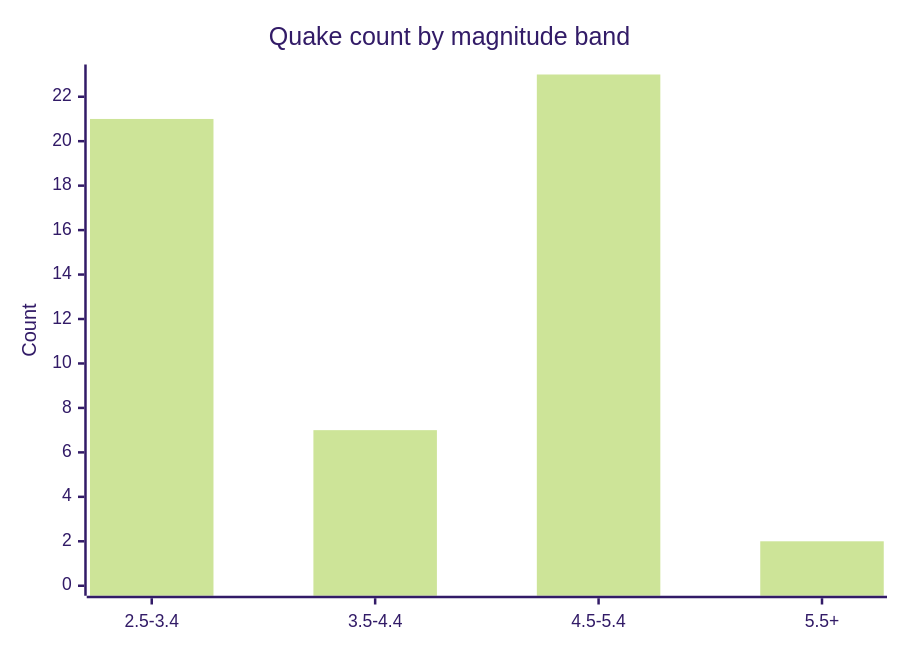
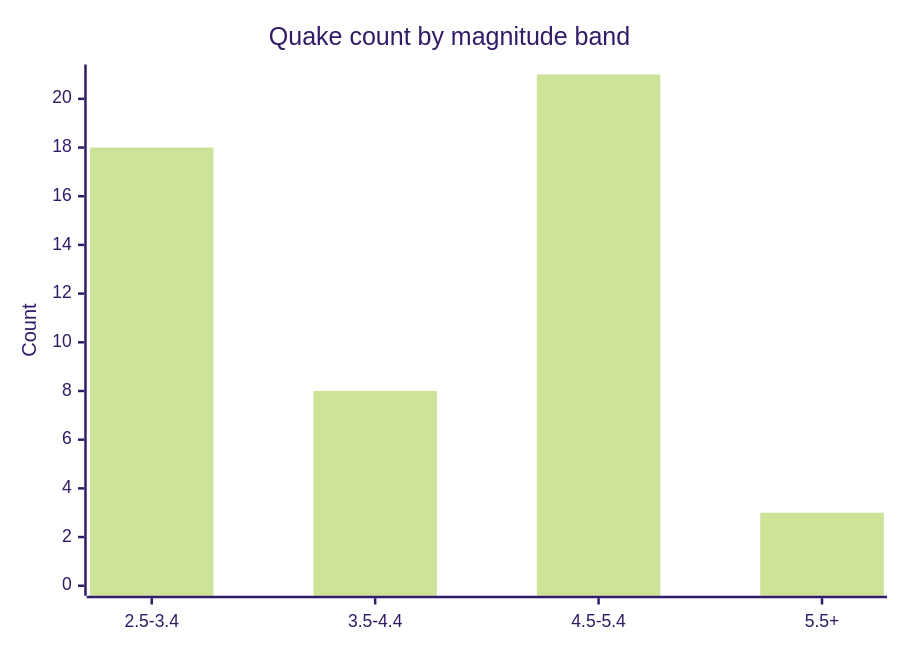
The fifth of 6 diagrams in docs/GRAPHS.md (Midwest-Stratospheric/aerostratospheric-defense-gir), drawn with Mermaid (forest theme) before and after one commit. The commit also changed other lines of this file and 24 other files, not shown here.

````diff
--- a/docs/GRAPHS.md
+++ b/docs/GRAPHS.md
@@ -82,7 +82,7 @@
 ```mermaid
 xychart-beta
   title "Quake count by magnitude band"
   x-axis ["2.5-3.4", "3.5-4.4", "4.5-5.4", "5.5+"]
-  y-axis "Count" 0 --> 23
-  bar [21, 7, 23, 2]
+  y-axis "Count" 0 --> 21
+  bar [18, 8, 21, 3]
 ```
````
